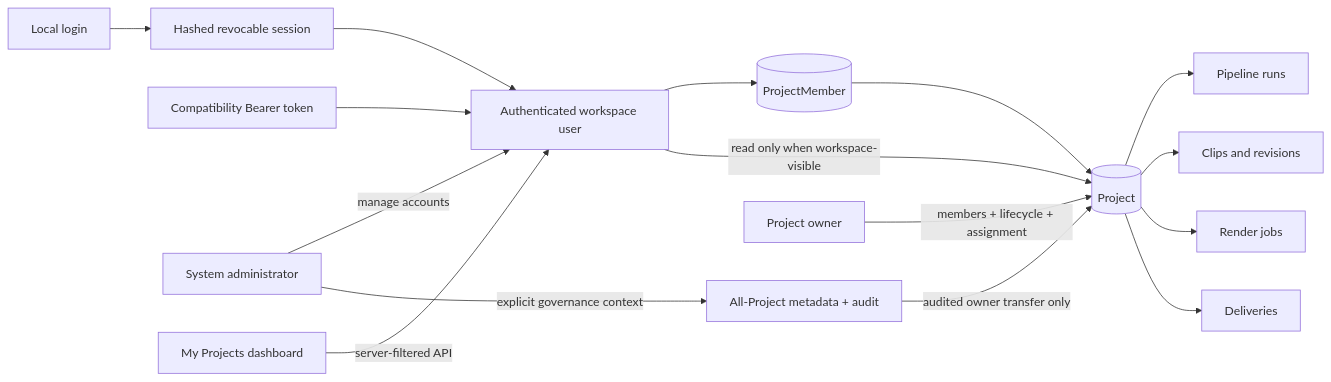
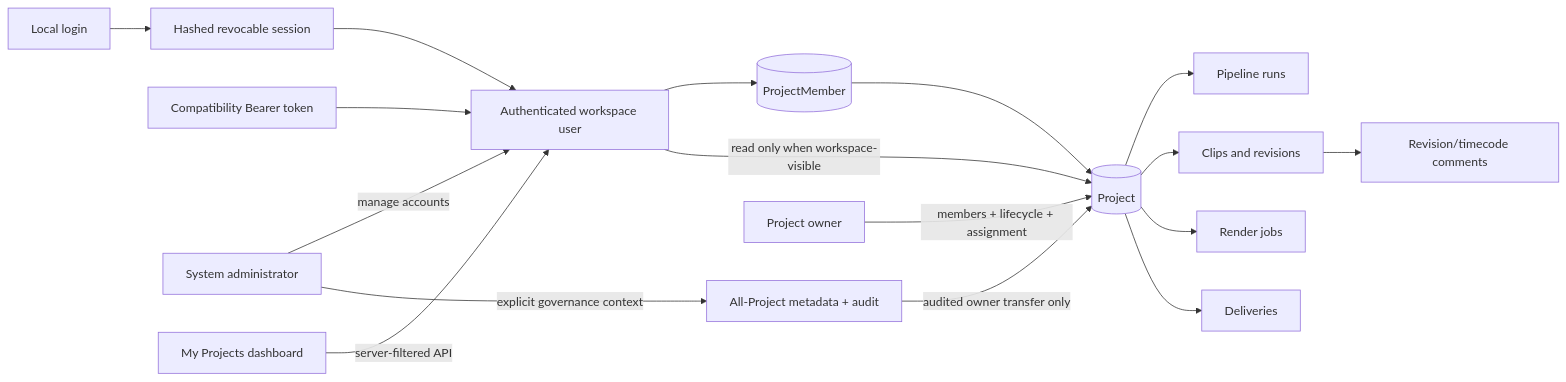
One commit to junhuaus/autoclip changed the second of 13 diagrams in docs/architecture.md. Above: the diagram before and after it, drawn with Mermaid. The commit also changed other lines of this file and 35 other files, not shown here.

Commit message:
feat: add revision-bound collaboration comments

````diff
--- a/docs/architecture.md
+++ b/docs/architecture.md
@@ -25,18 +25,19 @@
 ```mermaid
 flowchart LR
   LOGIN[Local login] --> SESSION[Hashed revocable session]
   TOKEN[Compatibility Bearer token] --> AUTH[Authenticated workspace user]
   SESSION --> AUTH
   ADMIN[System administrator] -->|manage accounts| AUTH
   ADMIN -->|explicit governance context| GOVERNANCE[All-Project metadata + audit]
   GOVERNANCE -->|audited owner transfer only| PROJECT
   AUTH --> MEMBERSHIP[(ProjectMember)]
   MEMBERSHIP --> PROJECT[(Project)]
   AUTH -->|read only when workspace-visible| PROJECT
   PROJECT --> RUN[Pipeline runs]
   PROJECT --> CLIP[Clips and revisions]
+  CLIP --> COMMENT[Revision/timecode comments]
   PROJECT --> RENDER[Render jobs]
   PROJECT --> DELIVERY[Deliveries]
   OWNER[Project owner] -->|members + lifecycle + assignment| PROJECT
   WEB[My Projects dashboard] -->|server-filtered API| AUTH
 ```
````
